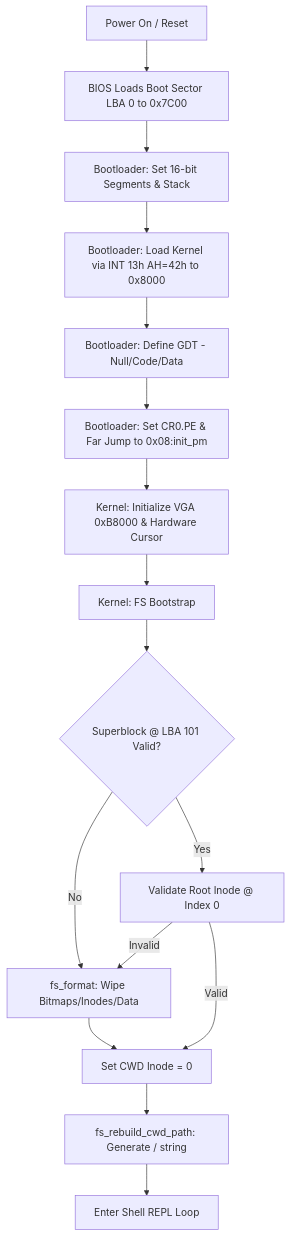
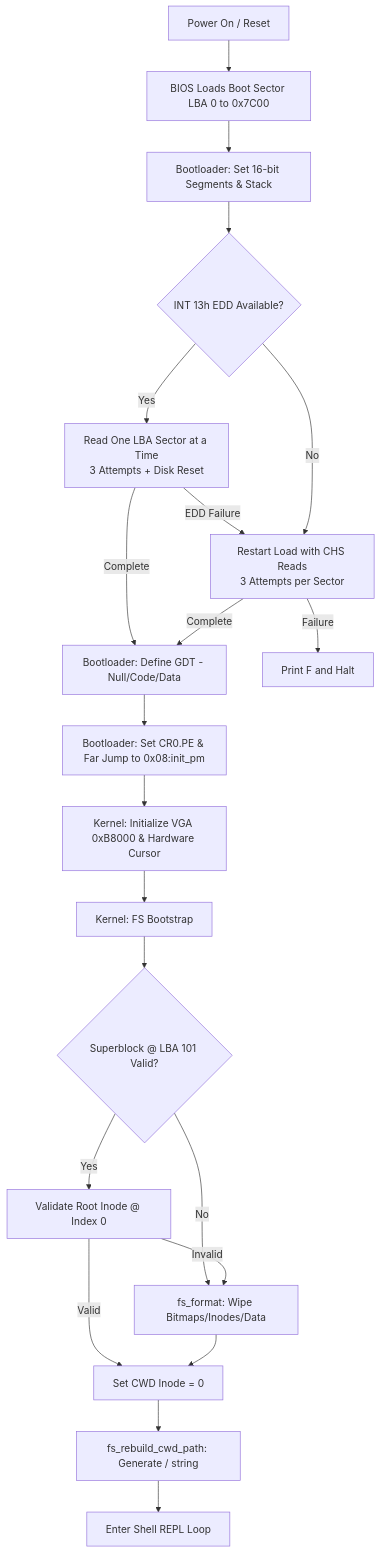
Before and after one commit to charlestsaur/MINI-OS: the first of 8 diagrams in docs/Flowchart.md, drawn with Mermaid. The commit also changed other lines of this file and 13 other files, not shown here.

````diff
--- a/docs/Flowchart.md
+++ b/docs/Flowchart.md
@@ -9,18 +9,23 @@
 ```mermaid
 graph TD
     A[Power On / Reset] --> B[BIOS Loads Boot Sector LBA 0 to 0x7C00]
     B --> C[Bootloader: Set 16-bit Segments & Stack]
-    C --> D[Bootloader: Load Kernel via INT 13h AH=42h to 0x8000]
-    D --> E[Bootloader: Define GDT - Null/Code/Data]
+    C --> D{INT 13h EDD Available?}
+    D -- Yes --> D1[Read One LBA Sector at a Time<br/>3 Attempts + Disk Reset]
+    D1 -- EDD Failure --> D2[Restart Load with CHS Reads<br/>3 Attempts per Sector]
+    D -- No --> D2
+    D1 -- Complete --> E[Bootloader: Define GDT - Null/Code/Data]
+    D2 -- Complete --> E
+    D2 -- Failure --> DF[Print F and Halt]
     E --> F[Bootloader: Set CR0.PE & Far Jump to 0x08:init_pm]
     F --> G[Kernel: Initialize VGA 0xB8000 & Hardware Cursor]
     G --> H[Kernel: FS Bootstrap]
     H --> I{Superblock @ LBA 101 Valid?}
     I -- No --> J[fs_format: Wipe Bitmaps/Inodes/Data]
     I -- Yes --> K[Validate Root Inode @ Index 0]
     K -- Invalid --> J
     K -- Valid --> L[Set CWD Inode = 0]
     J --> L
     L --> M[fs_rebuild_cwd_path: Generate / string]
     M --> N[Enter Shell REPL Loop]
 ```
````
